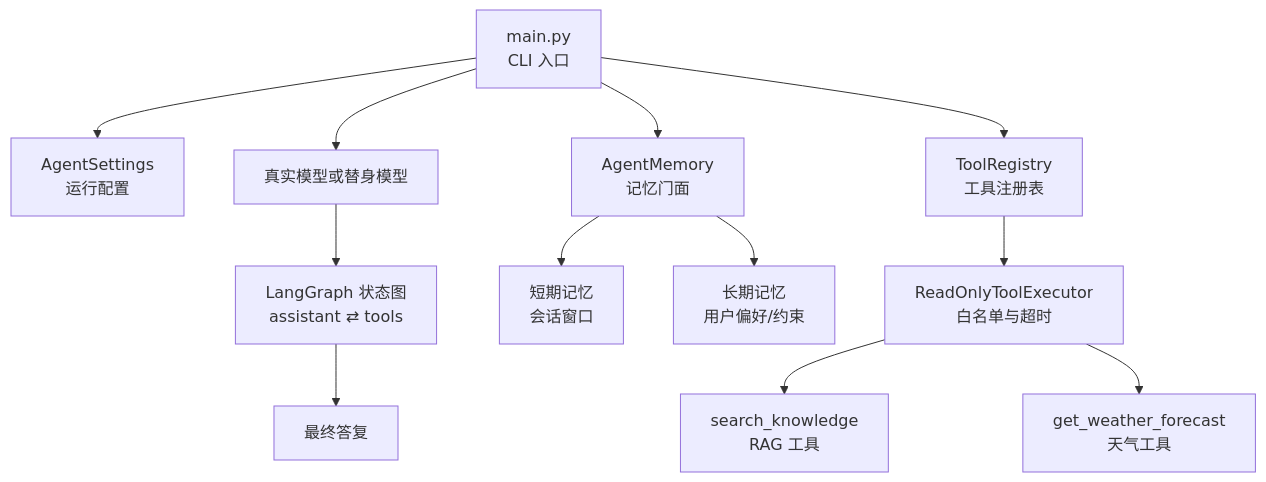
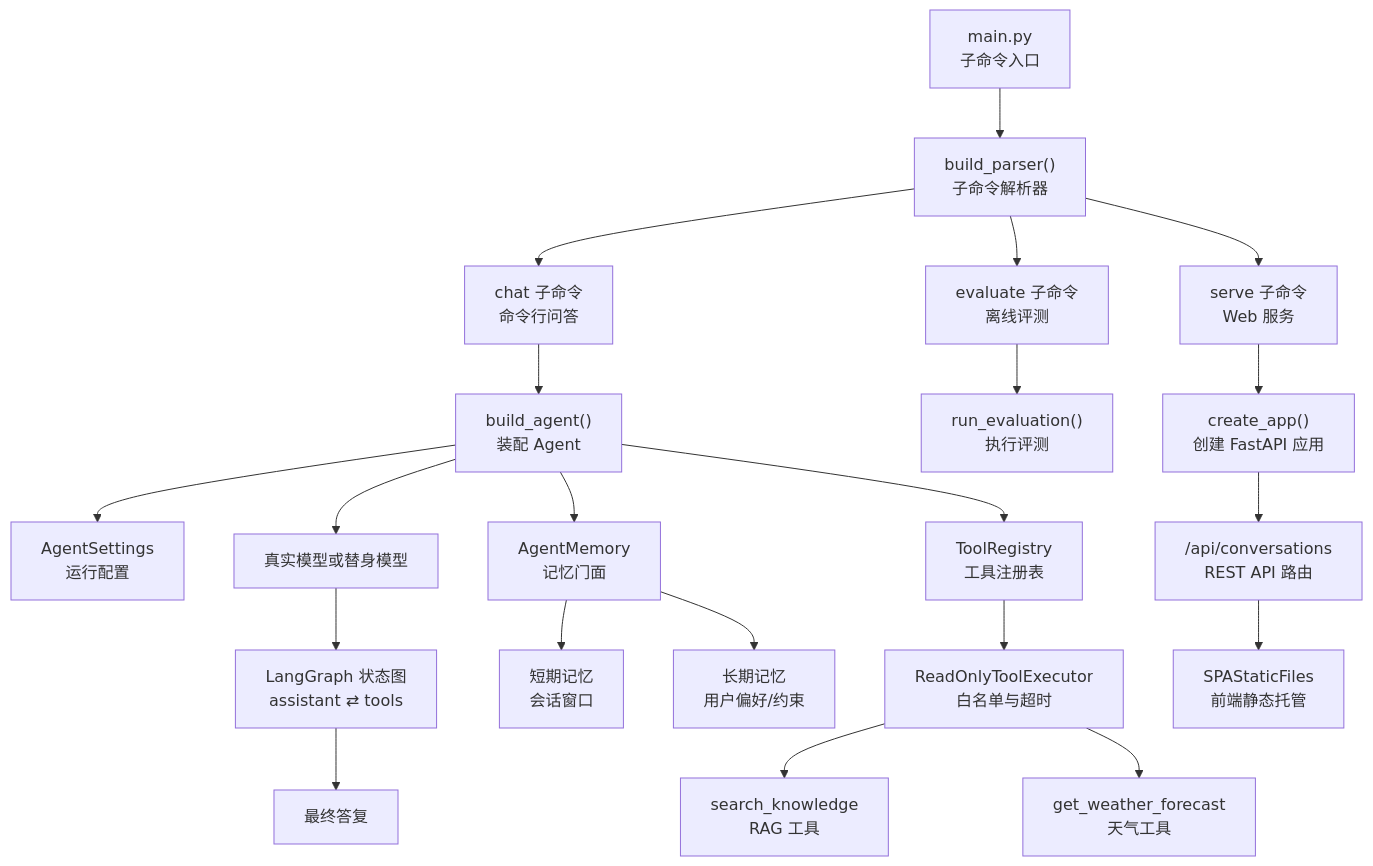
The second of 11 diagrams in .qoder/repowiki/zh/content/项目概述.md (xyx1028/agentHelp), drawn with Mermaid before and after one commit. The commit also changed other lines of this file and 73 other files, not shown here.

````diff
--- a/.qoder/repowiki/zh/content/项目概述.md
+++ b/.qoder/repowiki/zh/content/项目概述.md
@@ -107,14 +131,23 @@
 ```mermaid
 graph TB
-CLI["main.py<br/>CLI 入口"] --> Settings["AgentSettings<br/>运行配置"]
-CLI --> Model["真实模型或替身模型"]
-CLI --> Registry["ToolRegistry<br/>工具注册表"]
-CLI --> Memory["AgentMemory<br/>记忆门面"]
+CLI["main.py<br/>子命令入口"] --> Parser["build_parser()<br/>子命令解析器"]
+Parser --> ChatCmd["chat 子命令<br/>命令行问答"]
+Parser --> EvalCmd["evaluate 子命令<br/>离线评测"]
+Parser --> ServeCmd["serve 子命令<br/>Web 服务"]
+ChatCmd --> BuildAgent["build_agent()<br/>装配 Agent"]
+EvalCmd --> RunEval["run_evaluation()<br/>执行评测"]
+ServeCmd --> CreateApp["create_app()<br/>创建 FastAPI 应用"]
+BuildAgent --> Settings["AgentSettings<br/>运行配置"]
+BuildAgent --> Model["真实模型或替身模型"]
+BuildAgent --> Registry["ToolRegistry<br/>工具注册表"]
+BuildAgent --> Memory["AgentMemory<br/>记忆门面"]
 Registry --> Exec["ReadOnlyToolExecutor<br/>白名单与超时"]
 Exec --> RagTool["search_knowledge<br/>RAG 工具"]
 Exec --> WeatherTool["get_weather_forecast<br/>天气工具"]
 Memory --> Short["短期记忆<br/>会话窗口"]
 Memory --> Long["长期记忆<br/>用户偏好/约束"]
 Model --> Graph["LangGraph 状态图<br/>assistant ⇄ tools"]
 Graph --> Answer["最终答复"]
+CreateApp --> Router["/api/conversations<br/>REST API 路由"]
+Router --> SPA["SPAStaticFiles<br/>前端静态托管"]
 ```
````
